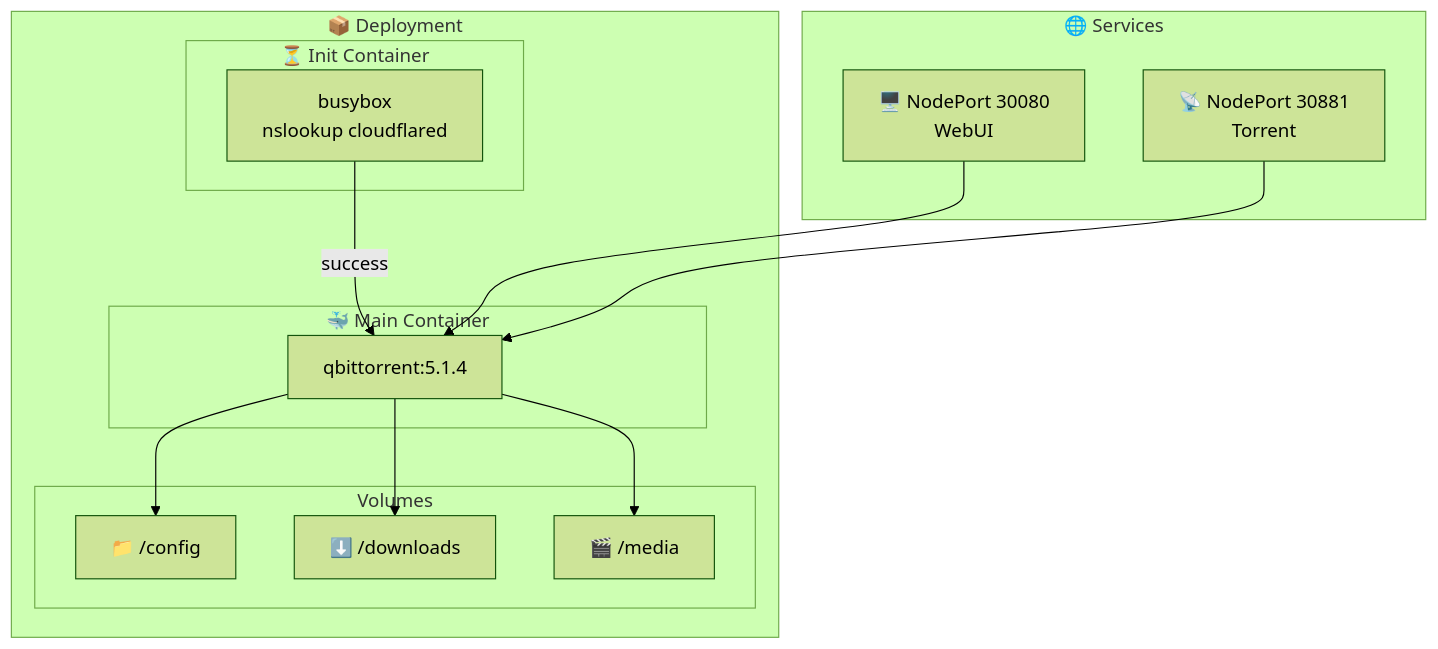
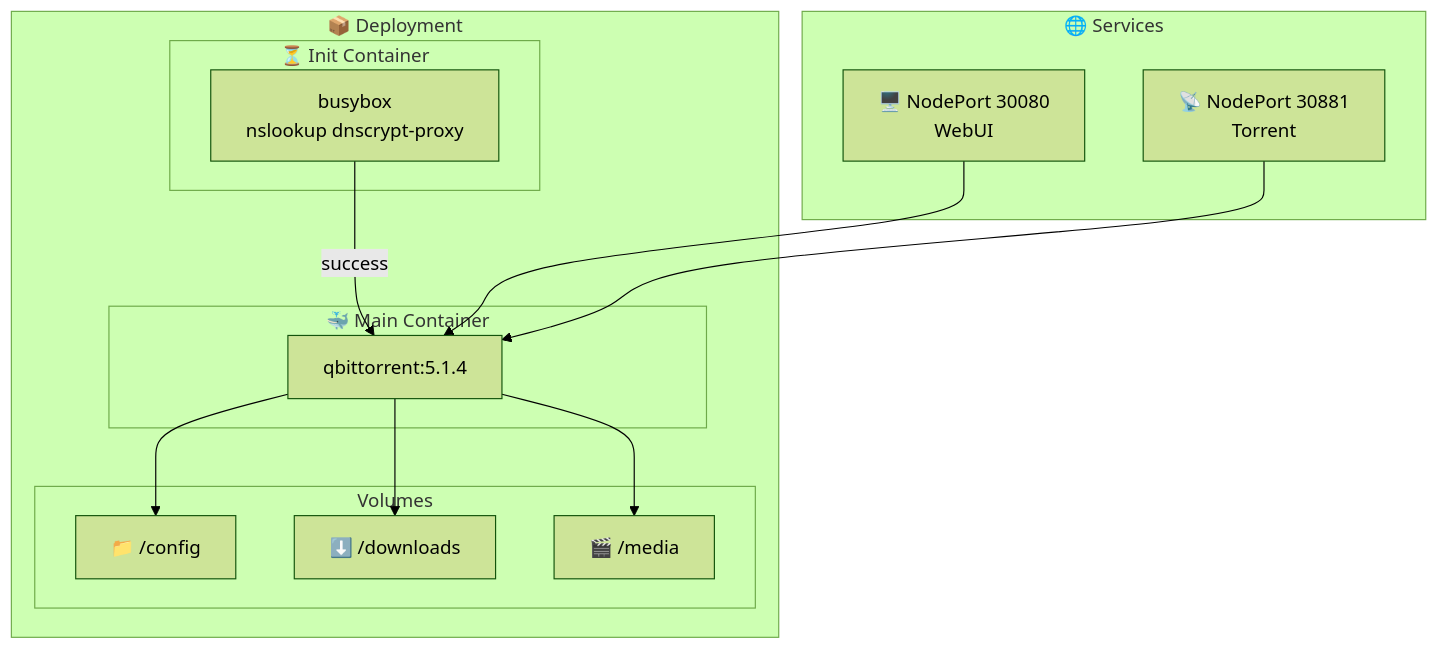
Before and after one commit to muchiny/media-stack-k8s: the second of 4 diagrams in charts/qbittorrent/README.md, drawn with Mermaid (forest theme). The commit also changed other lines of this file and 5 other files, not shown here.

First line of the commit message:
fix: Coherence fixes for dnscrypt-proxy chart

````diff
--- a/charts/qbittorrent/README.md
+++ b/charts/qbittorrent/README.md
@@ -91,27 +91,27 @@
 ```mermaid
 flowchart TB
     subgraph "📦 Deployment"
         subgraph "⏳ Init Container"
-            Init[busybox<br/>nslookup cloudflared]
+            Init[busybox<br/>nslookup dnscrypt-proxy]
         end
 
         subgraph "🐳 Main Container"
             QB[qbittorrent:5.1.4]
         end
 
         subgraph "Volumes"
             V1[📁 /config]
             V2[⬇️ /downloads]
             V3[🎬 /media]
         end
     end
 
     subgraph "🌐 Services"
         WebUI[🖥️ NodePort 30080<br/>WebUI]
         Torrent[📡 NodePort 30881<br/>Torrent]
     end
 
     Init -->|"success"| QB
     QB --> V1 & V2 & V3
     WebUI & Torrent --> QB
 ```
````
